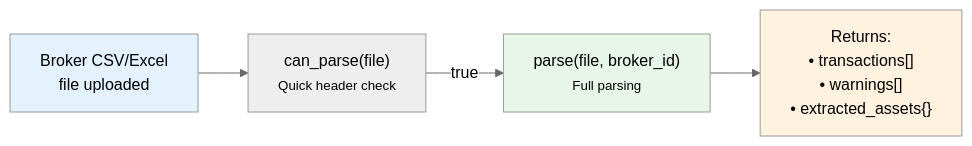
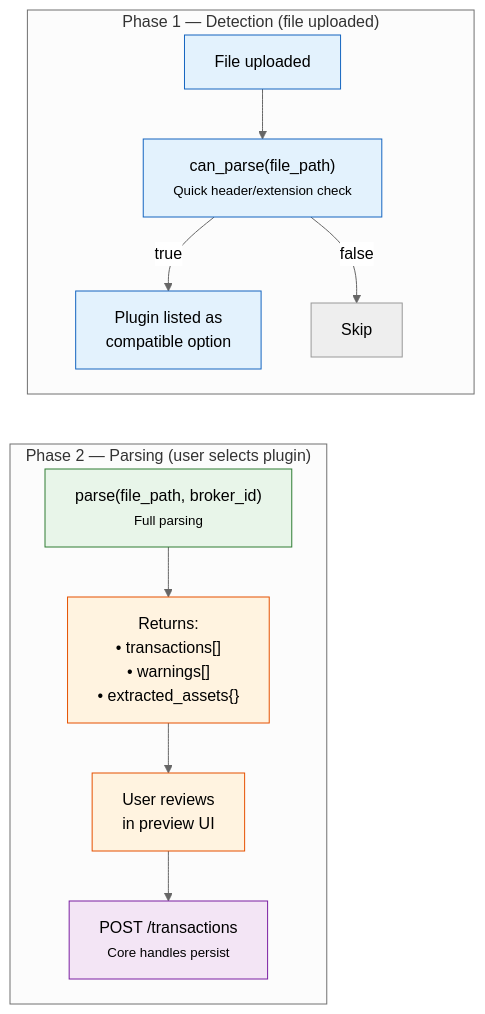
One commit to Librefolio/LibreFolio changed the diagram in mkdocs_src/docs/developer/architecture/patterns/brim_plugin_guide.md. Above: the diagram before and after it, drawn with Mermaid (neutral theme). The commit also changed other lines of this file and 16 other files, not shown here.

First line of the commit message:
docs: fix gallery settings bug, split UI Base & Broker diagrams, add Asset Search to plugin guides

````diff
--- a/mkdocs_src/docs/developer/architecture/patterns/brim_plugin_guide.md
+++ b/mkdocs_src/docs/developer/architecture/patterns/brim_plugin_guide.md
@@ -13,10 +15,24 @@
 ```mermaid
-graph LR
-    FILE["Broker CSV/Excel<br/>file uploaded"] --> CAN["can_parse(file)<br/><small>Quick header check</small>"]
-    CAN -->|true| PARSE["parse(file, broker_id)<br/><small>Full parsing</small>"]
-    PARSE --> OUT["Returns:<br/>• transactions[]<br/>• warnings[]<br/>• extracted_assets{}"]
+graph TD
+    subgraph "Phase 1 — Detection (file uploaded)"
+        D1["File uploaded"] --> D2["can_parse(file_path)<br/><small>Quick header/extension check</small>"]
+        D2 -->|true| D3["Plugin listed as<br/>compatible option"]
+        D2 -->|false| D4["Skip"]
+    end
 
-    style FILE fill:#e3f2fd
-    style PARSE fill:#e8f5e9
-    style OUT fill:#fff3e0
+    subgraph "Phase 2 — Parsing (user selects plugin)"
+        P1["parse(file_path, broker_id)<br/><small>Full parsing</small>"] --> P2["Returns:<br/>• transactions[]<br/>• warnings[]<br/>• extracted_assets{}"]
+        P2 --> P3["User reviews<br/>in preview UI"]
+        P3 --> P4["POST /transactions<br/><small>Core handles persist</small>"]
+    end
+
+    D3 ~~~ P1
+
+    style D1 fill:#e3f2fd,stroke:#1565c0
+    style D2 fill:#e3f2fd,stroke:#1565c0
+    style D3 fill:#e3f2fd,stroke:#1565c0
+    style P1 fill:#e8f5e9,stroke:#2e7d32
+    style P2 fill:#fff3e0,stroke:#e65100
+    style P3 fill:#fff3e0,stroke:#e65100
+    style P4 fill:#f3e5f5,stroke:#7b1fa2
 ```
````
